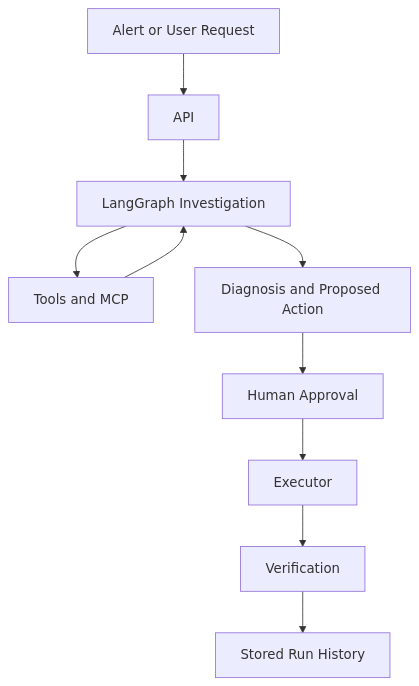
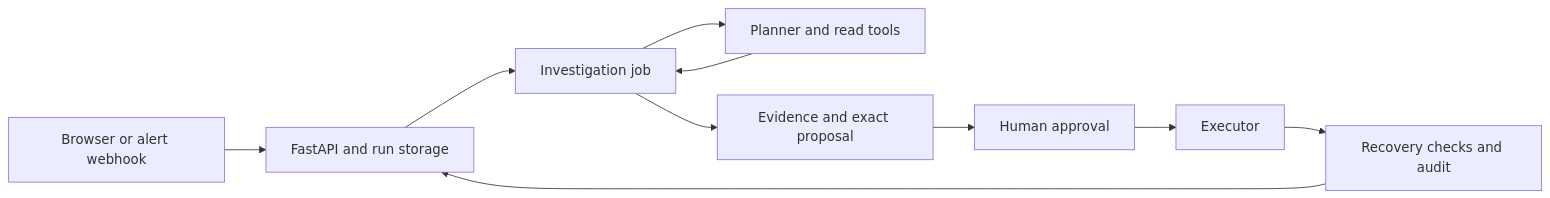
One commit to hannykumar/SRE-agent changed the diagram in docs/ARCHITECTURE_SIMPLE.md. Above: the diagram before and after it, drawn with Mermaid. The commit also changed other lines of this file and 185 other files, not shown here.

````diff
--- a/docs/ARCHITECTURE_SIMPLE.md
+++ b/docs/ARCHITECTURE_SIMPLE.md
@@ -44,12 +5,12 @@
 ```mermaid
-flowchart TD
-    A[Alert or User Request] --> B[API]
-    B --> C[LangGraph Investigation]
-    C --> D[Tools and MCP]
+flowchart LR
+    A[Browser or alert webhook] --> B[FastAPI and run storage]
+    B --> C[Investigation job]
+    C --> D[Planner and read tools]
     D --> C
-    C --> E[Diagnosis and Proposed Action]
-    E --> F[Human Approval]
+    C --> E[Evidence and exact proposal]
+    E --> F[Human approval]
     F --> G[Executor]
-    G --> H[Verification]
-    H --> I[Stored Run History]
+    G --> H[Recovery checks and audit]
+    H --> B
 ```
````
